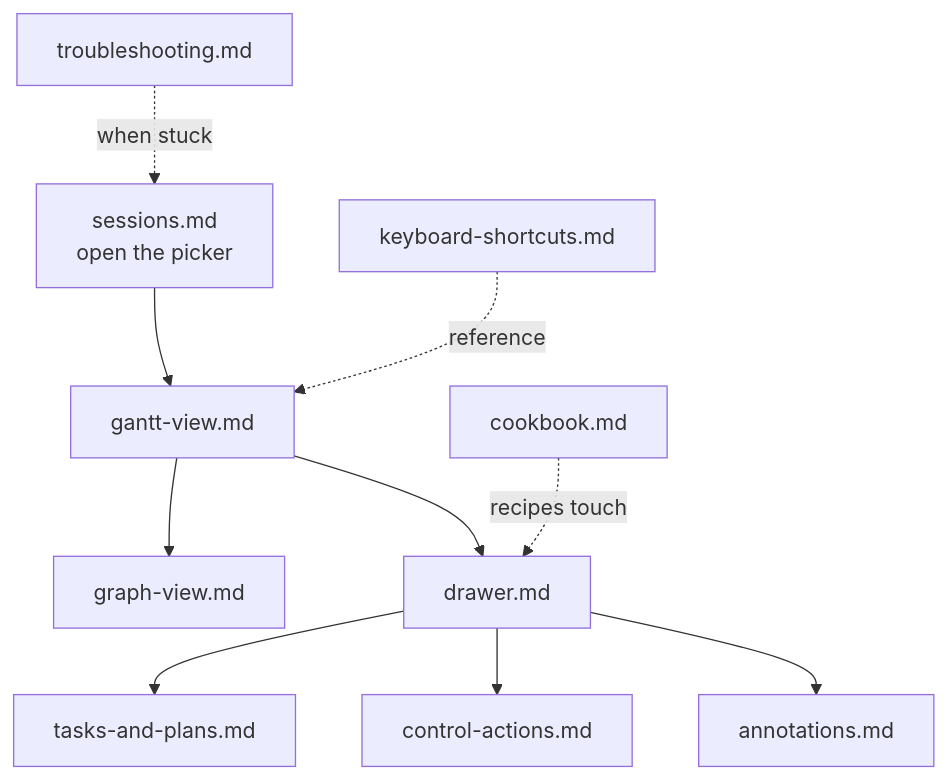
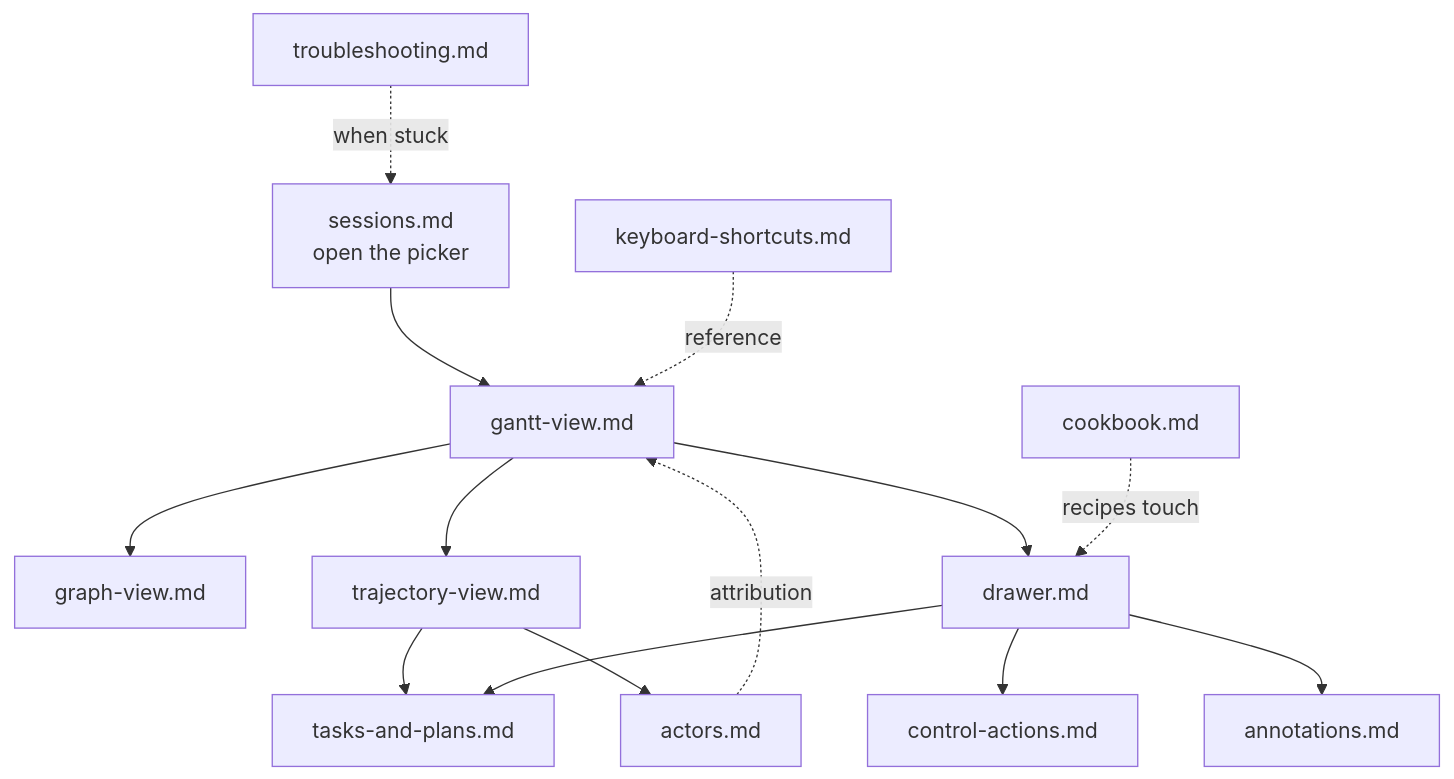
Before and after one commit to pedapudi/harmonograf: the diagram in docs/user-guide/index.md, drawn with Mermaid. The commit also changed other lines of this file and 21 other files, not shown here.

````diff
--- a/docs/user-guide/index.md
+++ b/docs/user-guide/index.md
@@ -43,19 +43,25 @@
 ```mermaid
 flowchart TD
     Sessions[sessions.md<br/>open the picker]
     Gantt[gantt-view.md]
     Graph[graph-view.md]
+    Traj[trajectory-view.md]
+    Actors[actors.md]
     Drawer[drawer.md]
     Tasks[tasks-and-plans.md]
     Control[control-actions.md]
     Annot[annotations.md]
     Sessions --> Gantt
     Gantt --> Graph
+    Gantt --> Traj
     Gantt --> Drawer
+    Traj --> Tasks
+    Traj --> Actors
     Drawer --> Tasks
     Drawer --> Control
     Drawer --> Annot
+    Actors -. attribution .-> Gantt
     Cookbook[cookbook.md] -. recipes touch .-> Drawer
     Trouble[troubleshooting.md] -. when stuck .-> Sessions
     Keys[keyboard-shortcuts.md] -. reference .-> Gantt
 ```
````
